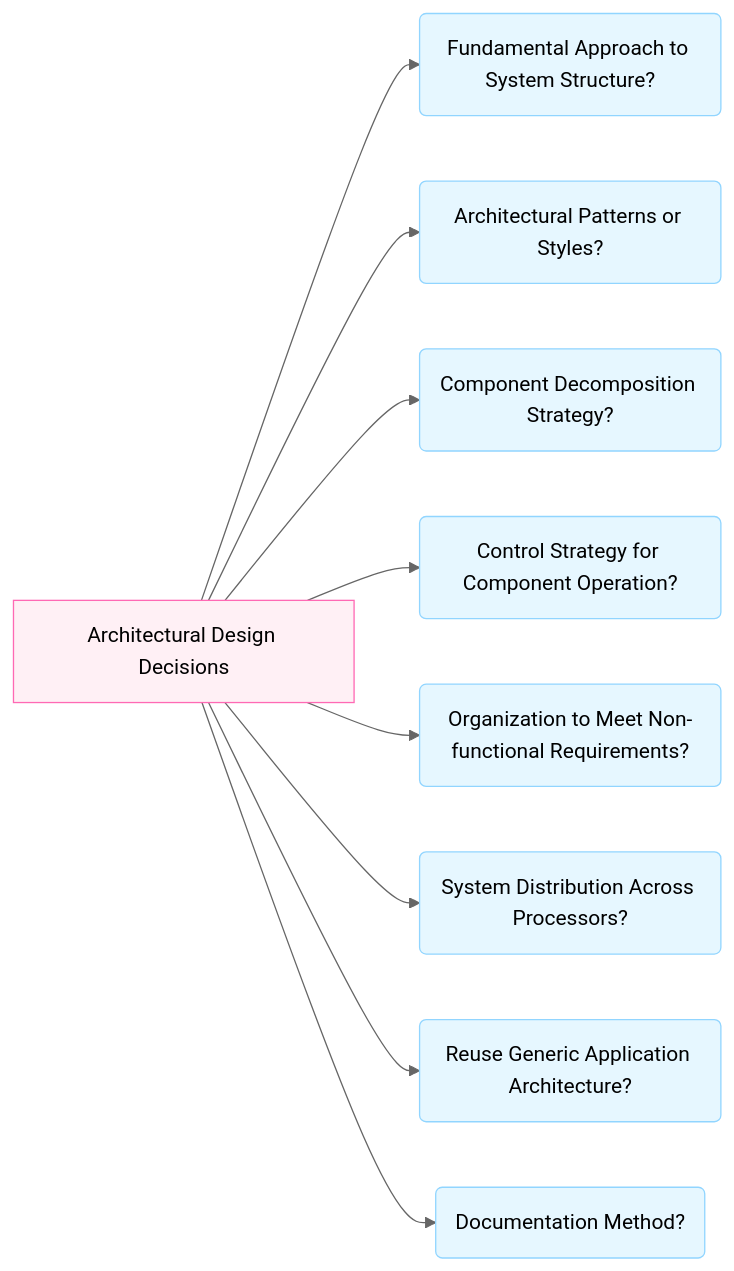
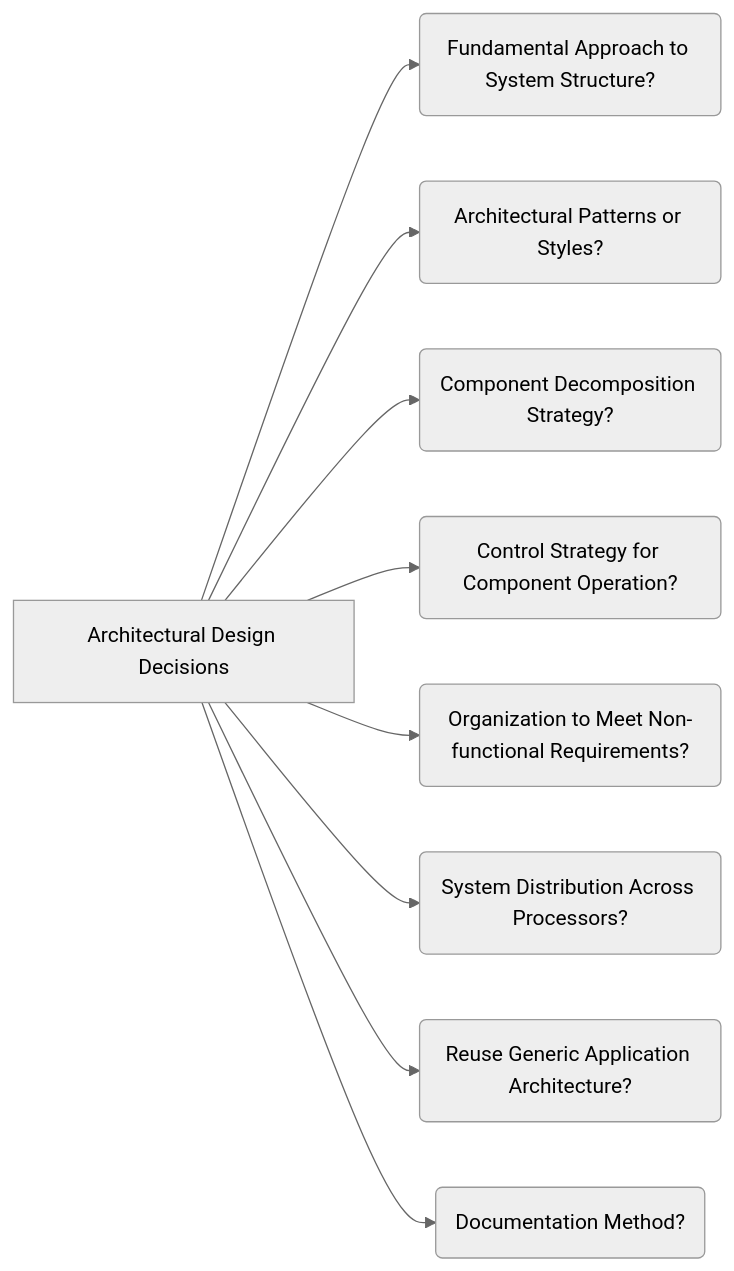
One commit to sujith-eag/sujith-library changed the diagram in docs/mca/se/u22/u2.md. Above: the diagram before and after it, drawn with Mermaid (neutral theme). The commit also changed 41 other files, not shown here.

First line of the commit message:
Refactor diagrams and remove redundant styles in documentation

````diff
--- a/docs/mca/se/u22/u2.md
+++ b/docs/mca/se/u22/u2.md
@@ -37,17 +37,11 @@
 ```mermaid
 flowchart LR
     A[Architectural Design Decisions] --> B(Fundamental Approach to System Structure?)
     A --> C(Architectural Patterns or Styles?)
     A --> D(Component Decomposition Strategy?)
     A --> E(Control Strategy for Component Operation?)
     A --> F(Organization to Meet Non-functional Requirements?)
     A --> G(System Distribution Across Processors?)
     A --> H(Reuse Generic Application Architecture?)
     A --> I(Documentation Method?)
-
-    classDef process fill:#e6f7ff,stroke:#91d5ff
-    classDef highlight fill:#fff0f5,stroke:#ff69b4
-
-    class A highlight
-    class B,C,D,E,F,G,H,I process
 ```
````
